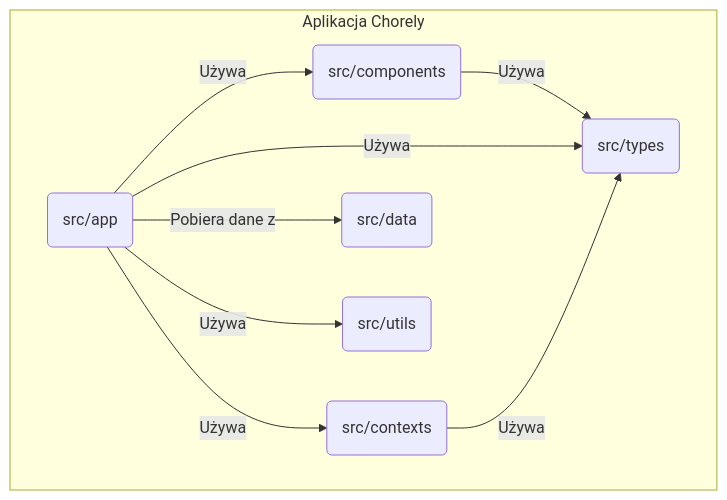
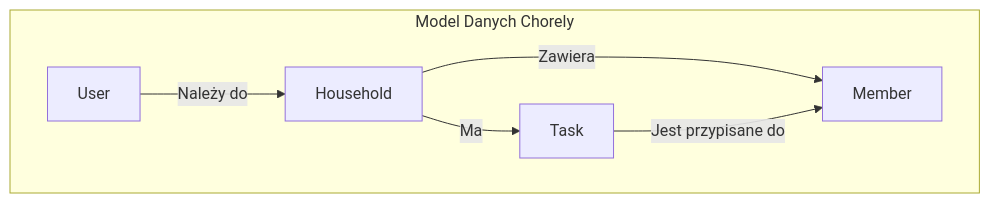
One commit to pawelos231/Chorely changed the diagram in DOCUMENTATION.md. Above: the diagram before and after it, drawn with Mermaid. The commit also changed other lines of this file, not shown here.

````diff
--- a/DOCUMENTATION.md
+++ b/DOCUMENTATION.md
@@ -68,12 +106,9 @@
 ```mermaid
 graph TD;
-    subgraph "Aplikacja Chorely"
-        A(src/app) -- "Używa" --> B(src/components);
-        A -- "Używa" --> C(src/contexts);
-        A -- "Pobiera dane z" --> D(src/data);
-        B -- "Używa" --> E(src/types);
-        A -- "Używa" --> E;
-        C -- "Używa" --> E;
-        A -- "Używa" --> F(src/utils);
+    subgraph "Model Danych Chorely"
+        User -- "Należy do" --> Household;
+        Household -- "Zawiera" --> Member;
+        Household -- "Ma" --> Task;
+        Task -- "Jest przypisane do" --> Member;
     end
 ```
````
